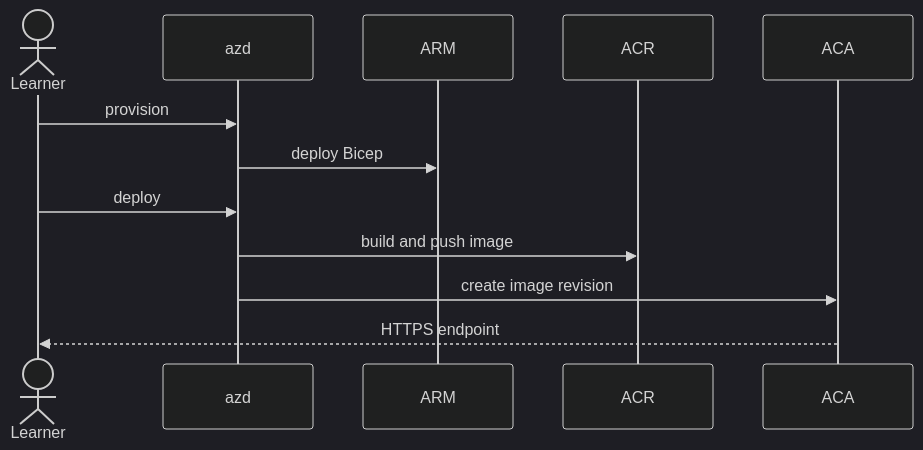
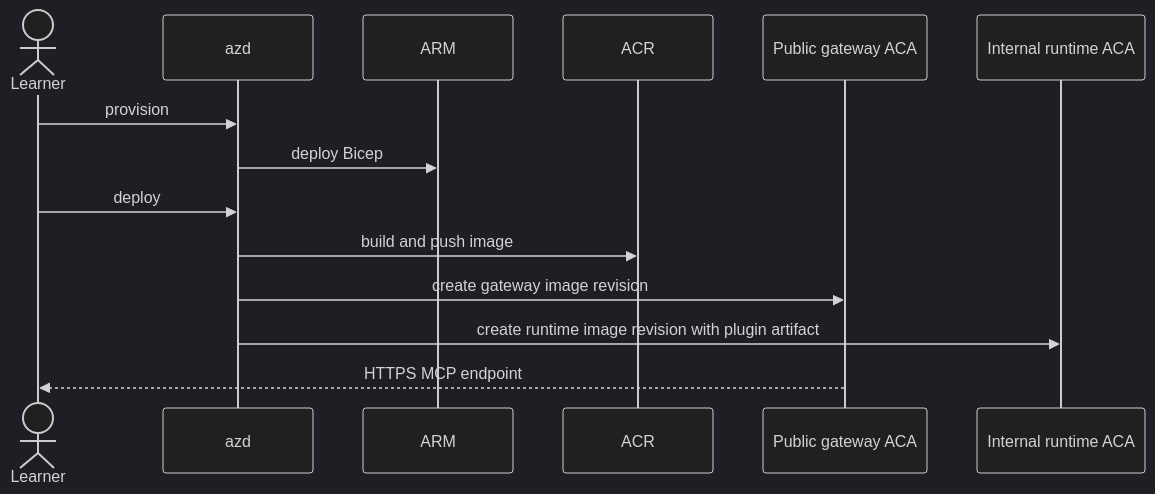
One commit to diberry/copilot-mcp-local-remote-lab changed the diagram in docs/deployment.md. Above: the diagram before and after it, drawn with Mermaid (dark theme). The commit also changed other lines of this file and 54 other files, not shown here.

First line of the commit message:
feat: reuse one plugin artifact behind company MCP

````diff
--- a/docs/deployment.md
+++ b/docs/deployment.md
@@ -73,14 +82,16 @@
 ```mermaid
 sequenceDiagram
   actor Learner
   participant azd
   participant ARM
   participant ACR
-  participant ACA
+  participant Gateway as Public gateway ACA
+  participant Runtime as Internal runtime ACA
   Learner->>azd: provision
   azd->>ARM: deploy Bicep
   Learner->>azd: deploy
   azd->>ACR: build and push image
-  azd->>ACA: create image revision
-  ACA-->>Learner: HTTPS endpoint
+  azd->>Gateway: create gateway image revision
+  azd->>Runtime: create runtime image revision with plugin artifact
+  Gateway-->>Learner: HTTPS MCP endpoint
 ```
````
